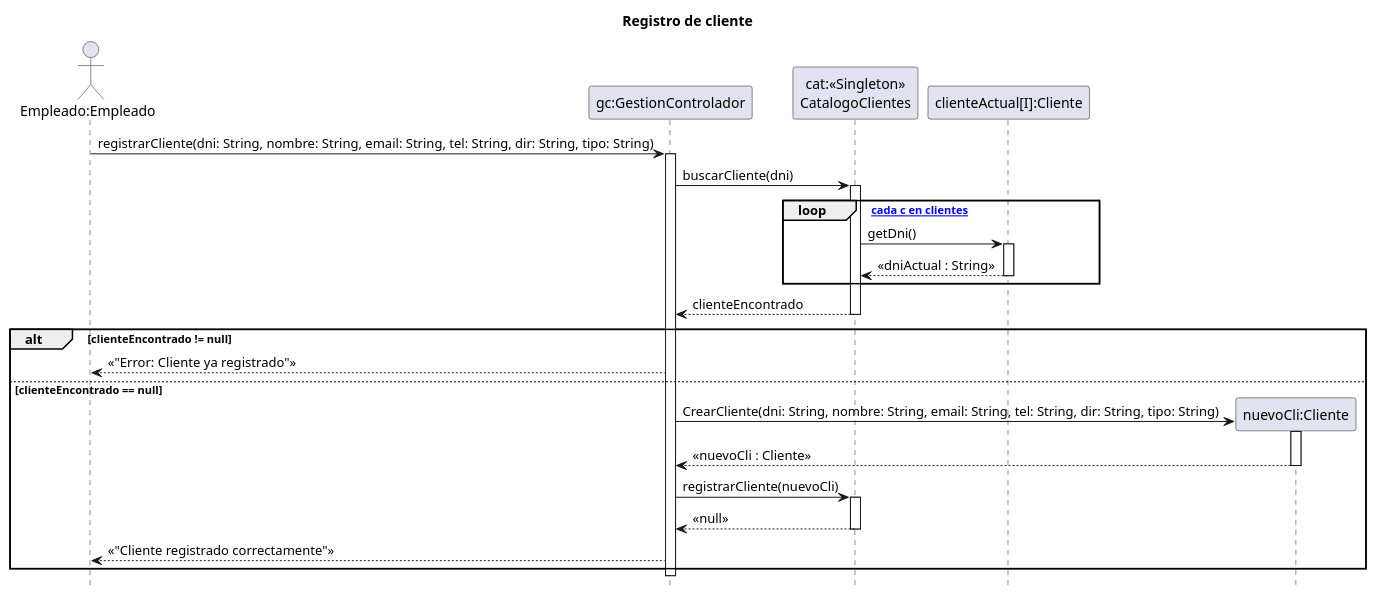
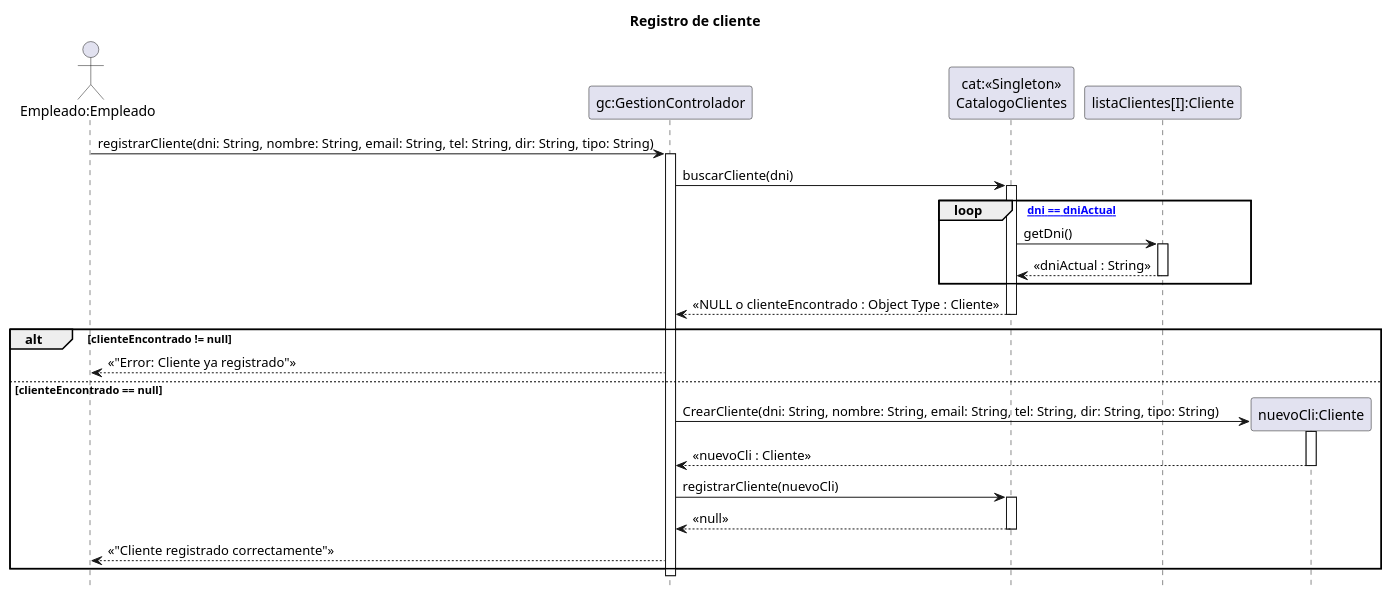
Before and after one commit to zEzequR/PF-I: the diagram in 08 - Diagramas de Secuencia de Diseño/CargaClientes/CargaClientes.puml, drawn with PlantUML. The commit also changed 15 other files, not shown here.

```diff
--- a/08 - Diagramas de Secuencia de Diseño/CargaClientes/CargaClientes.puml
+++ b/08 - Diagramas de Secuencia de Diseño/CargaClientes/CargaClientes.puml
@@ -1,47 +1,47 @@
 @startuml
 title Registro de cliente
 
 hide footbox
 
 actor "Empleado:Empleado" as emp
 participant "gc:GestionControlador" as ctrl
 participant "cat:<<Singleton>>\nCatalogoClientes" as cat
-participant "clienteActual[I]:Cliente" as cliente_actual
+participant "listaClientes[I]:Cliente" as cliente_actual
 
 emp -> ctrl : registrarCliente(dni: String, nombre: String, email: String, tel: String, dir: String, tipo: String)
 activate ctrl
 
 ctrl -> cat : buscarCliente(dni)
 activate cat
 
-loop [para cada c en clientes]
+loop [hasta dni == dniActual]
     cat -> cliente_actual : getDni()
     activate cliente_actual
     cliente_actual --> cat : << dniActual : String >>
     deactivate cliente_actual
 end
 
-cat --> ctrl : clienteEncontrado
+cat --> ctrl : << NULL o clienteEncontrado : Object Type : Cliente >>
 deactivate cat
 
 alt clienteEncontrado != null
     ctrl --> emp : << "Error: Cliente ya registrado" >>
 
 else clienteEncontrado == null
     create participant "nuevoCli:Cliente" as nuevo_cli
     ctrl -> nuevo_cli : CrearCliente(dni: String, nombre: String, email: String, tel: String, dir: String, tipo: String)
     activate nuevo_cli
     nuevo_cli --> ctrl : << nuevoCli : Cliente >>
     deactivate nuevo_cli
 
     ctrl -> cat : registrarCliente(nuevoCli)
     activate cat
     cat --> ctrl : << null >>
     deactivate cat
     
     ctrl --> emp : << "Cliente registrado correctamente" >>
     
 end
 
 deactivate ctrl
 @enduml
```
